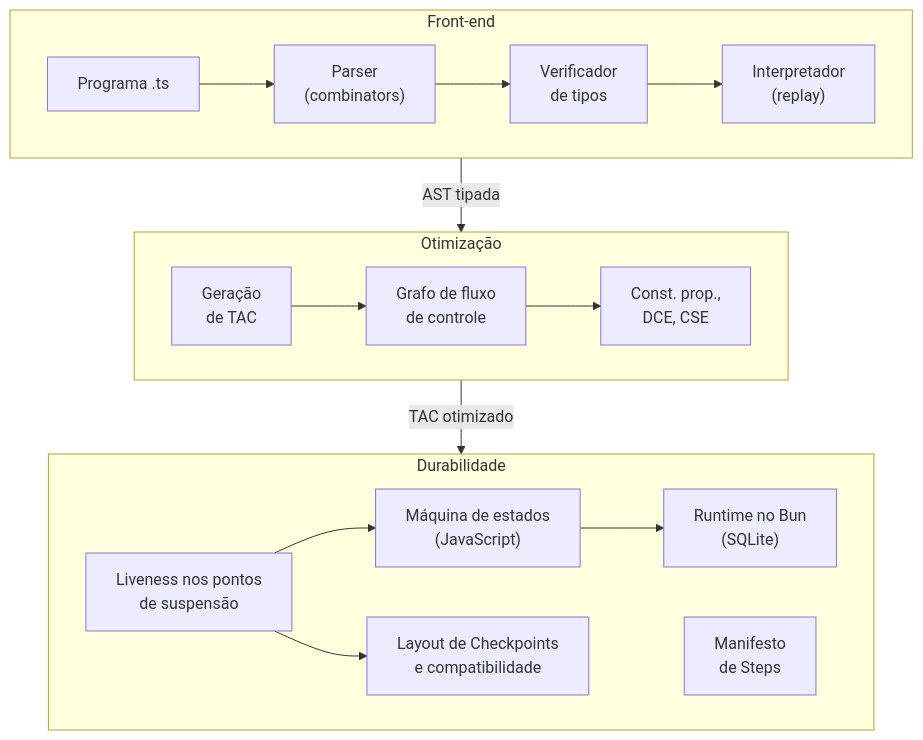
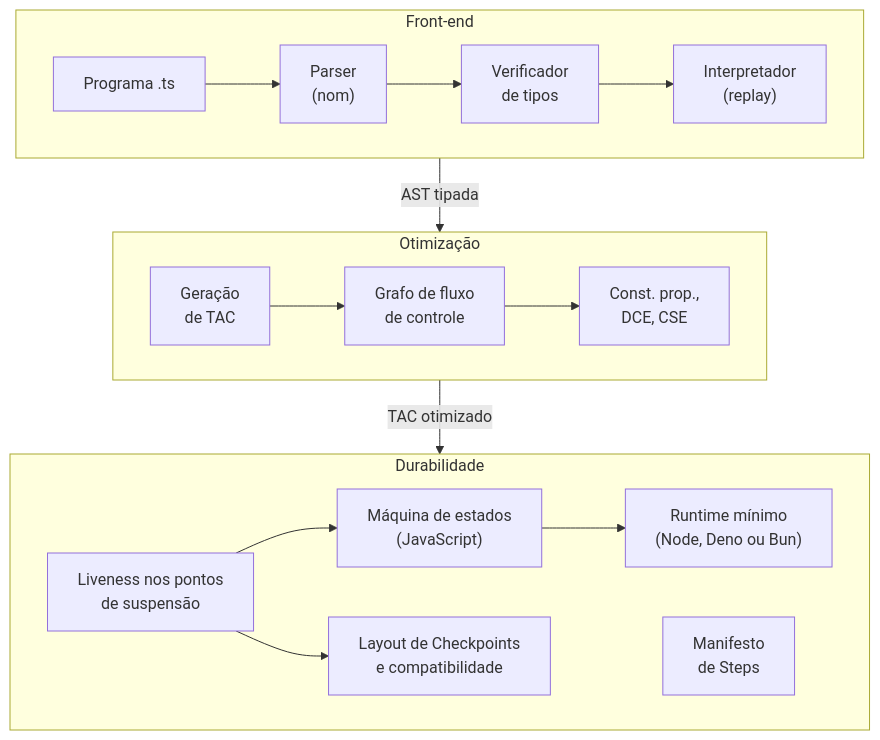
One commit to arthurbm/dormant-lang changed the fourth of 4 diagrams in docs/design.md. Above: the diagram before and after it, drawn with Mermaid. The commit also changed other lines of this file and 5 other files, not shown here.

````diff
--- a/docs/design.md
+++ b/docs/design.md
@@ -305,19 +346,19 @@
 ```mermaid
 flowchart TB
     subgraph FE["Front-end"]
         direction LR
-        SRC["Programa .ts"] --> PAR["Parser<br/>(combinators)"] --> TC["Verificador<br/>de tipos"] --> INT["Interpretador<br/>(replay)"]
+        SRC["Programa .ts"] --> PAR["Parser<br/>(nom)"] --> TC["Verificador<br/>de tipos"] --> INT["Interpretador<br/>(replay)"]
     end
     subgraph OP["Otimização"]
         direction LR
         TAC["Geração<br/>de TAC"] --> CFG["Grafo de fluxo<br/>de controle"] --> OPT["Const. prop.,<br/>DCE, CSE"]
     end
     subgraph DU["Durabilidade"]
         direction LR
-        LIV["Liveness nos pontos<br/>de suspensão"] --> GEN["Máquina de estados<br/>(JavaScript)"] --> RT["Runtime no Bun<br/>(SQLite)"]
+        LIV["Liveness nos pontos<br/>de suspensão"] --> GEN["Máquina de estados<br/>(JavaScript)"] --> RT["Runtime mínimo<br/>(Node, Deno ou Bun)"]
         LIV --> CMP["Layout de Checkpoints<br/>e compatibilidade"]
         MAN["Manifesto<br/>de Steps"]
     end
     FE -->|"AST tipada"| OP
     OP -->|"TAC otimizado"| DU
 ```
````
